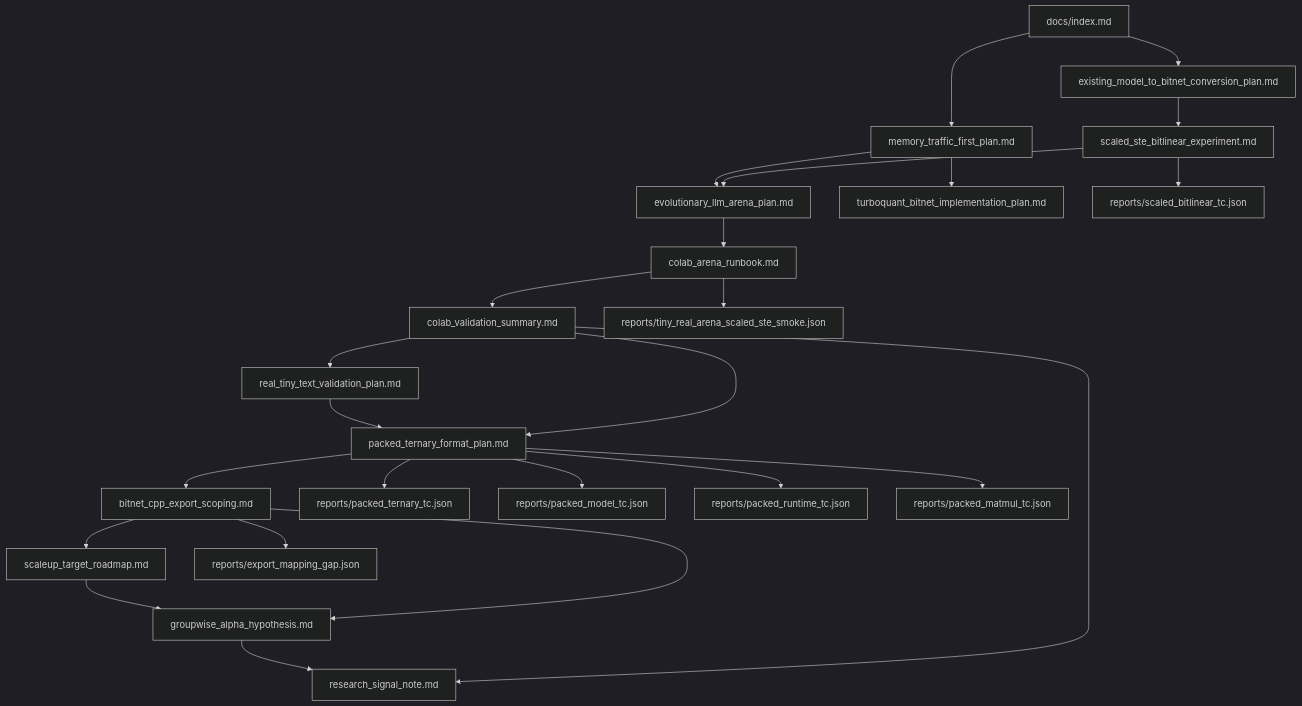
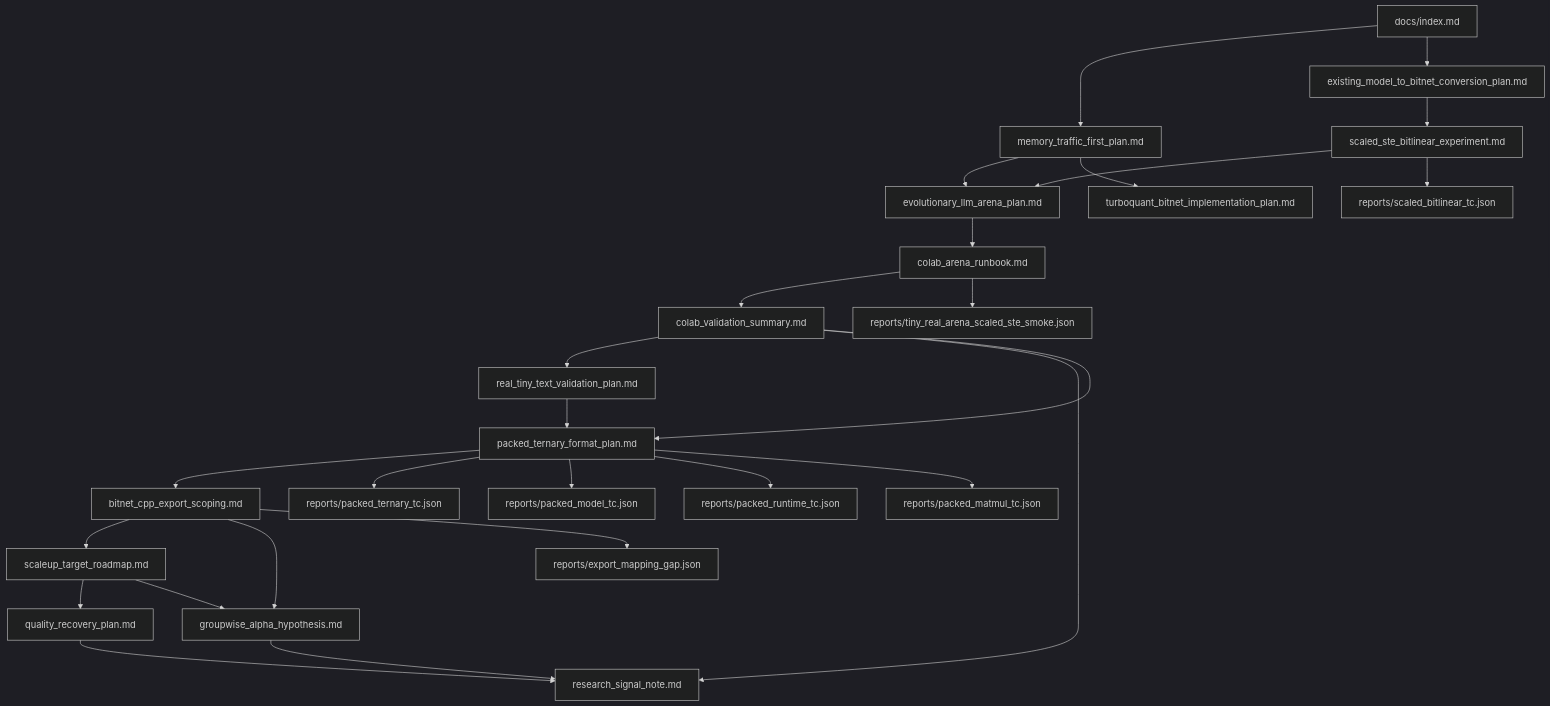
One commit to gtpk/BitNet-Transformers changed the diagram in docs/index.md. Above: the diagram before and after it, drawn with Mermaid (dark theme). The commit also changed other lines of this file and 6 other files, not shown here.

Commit message:
Add quality recovery plan

````diff
--- a/docs/index.md
+++ b/docs/index.md
@@ -169,27 +172,29 @@
 ```mermaid
 flowchart TD
   A["docs/index.md"] --> B["memory_traffic_first_plan.md"]
   A --> C["existing_model_to_bitnet_conversion_plan.md"]
   C --> D["scaled_ste_bitlinear_experiment.md"]
   D --> E["evolutionary_llm_arena_plan.md"]
   E --> F["colab_arena_runbook.md"]
   F --> J["colab_validation_summary.md"]
   J --> K["real_tiny_text_validation_plan.md"]
   J --> L["research_signal_note.md"]
   J --> M["packed_ternary_format_plan.md"]
   K --> M["packed_ternary_format_plan.md"]
   M --> R["bitnet_cpp_export_scoping.md"]
   R --> U["scaleup_target_roadmap.md"]
+  U --> V["quality_recovery_plan.md"]
   R --> T["groupwise_alpha_hypothesis.md"]
   U --> T
+  V --> L
   T --> L
   B --> E
   B --> G["turboquant_bitnet_implementation_plan.md"]
   F --> H["reports/tiny_real_arena_scaled_ste_smoke.json"]
   D --> I["reports/scaled_bitlinear_tc.json"]
   M --> N["reports/packed_ternary_tc.json"]
   M --> O["reports/packed_model_tc.json"]
   M --> P["reports/packed_runtime_tc.json"]
   M --> Q["reports/packed_matmul_tc.json"]
   R --> S["reports/export_mapping_gap.json"]
 ```
````
